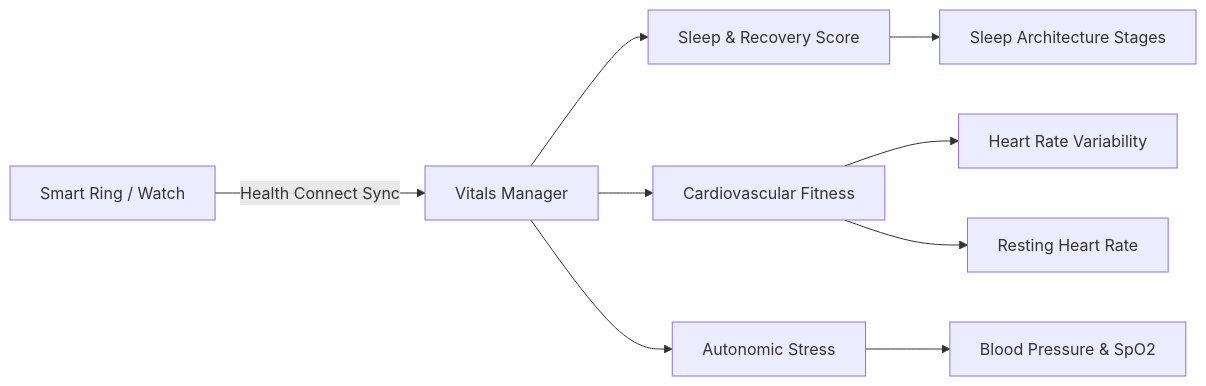
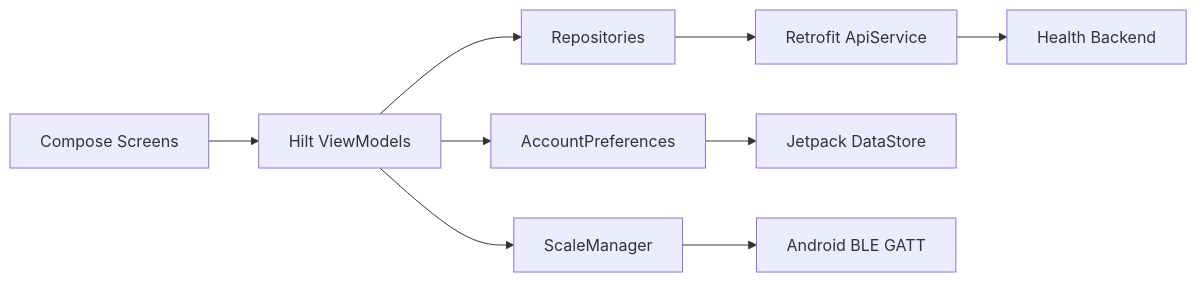
Before and after one commit to aneeshpatne/healthmaxxing_android: the second of 2 diagrams in README.md, drawn with Mermaid. The commit also changed other lines of this file, not shown here.

Commit message:
docs: update README.md with comprehensive project architecture and technical documentation

````diff
--- a/README.md
+++ b/README.md
@@ -141,12 +110,11 @@
 ```mermaid
-graph LR
-    Wearables[Smart Ring / Watch] -->|Health Connect Sync| VitalsController[Vitals Manager]
-    VitalsController --> Sleep[Sleep & Recovery Score]
-    VitalsController --> Cardio[Cardiovascular Fitness]
-    VitalsController --> Stress[Autonomic Stress]
-    
-    Sleep --> SleepStage[Sleep Architecture Stages]
-    Cardio --> HRV[Heart Rate Variability]
-    Cardio --> RHR[Resting Heart Rate]
-    Stress --> BP[Blood Pressure & SpO2]
+flowchart LR
+    UI[Compose Screens] --> VM[Hilt ViewModels]
+    VM --> Repo[Repositories]
+    VM --> Prefs[AccountPreferences]
+    VM --> Scale[ScaleManager]
+    Repo --> Api[Retrofit ApiService]
+    Api --> Backend[Health Backend]
+    Prefs --> DataStore[Jetpack DataStore]
+    Scale --> Bluetooth[Android BLE GATT]
 ```
````
